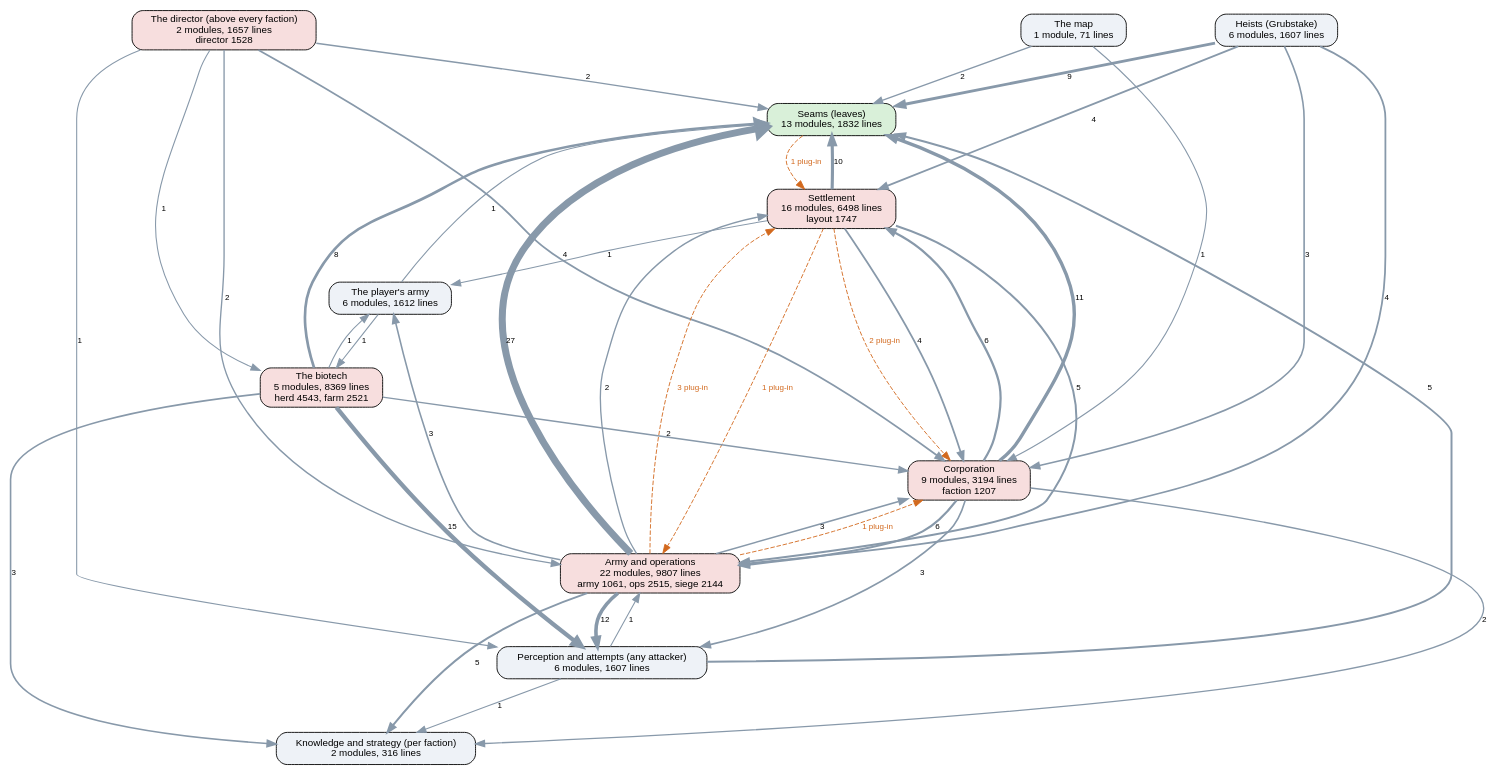
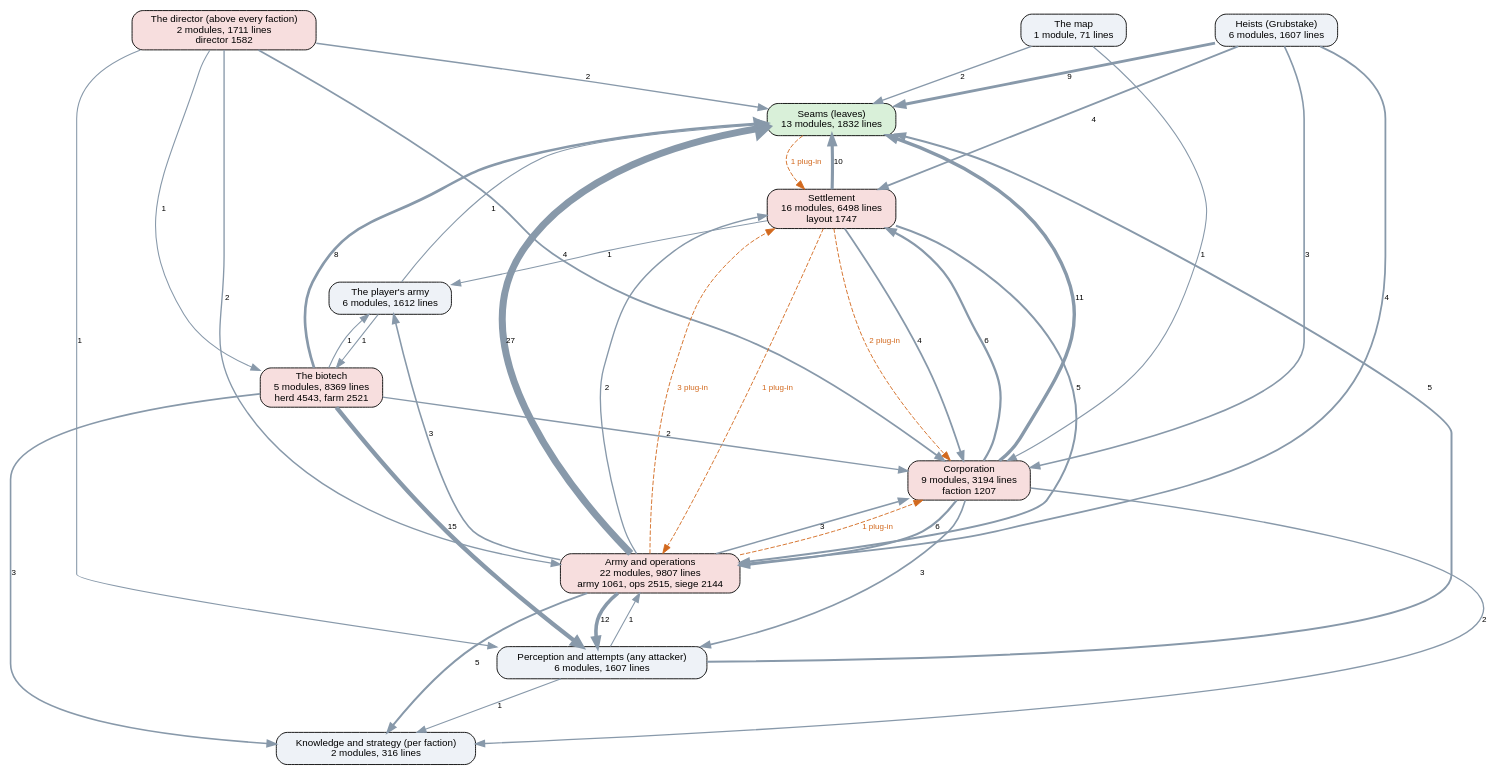
The diagram in docs/ai-layers.dot (kinelhu/landing-party), drawn with Graphviz before and after one commit. The commit also changed 10 other files, not shown here.

```diff
--- a/docs/ai-layers.dot
+++ b/docs/ai-layers.dot
@@ -1,57 +1,57 @@
 digraph layers {
   graph [rankdir=TB, fontname="Helvetica", nodesep=0.5, ranksep=0.7];
   node [shape=box, style="rounded,filled", fontname="Helvetica", fontsize=11, fillcolor="#eef2f7"];
   edge [color="#8899aa", fontname="Helvetica", fontsize=9];
   "Seams (leaves)" [label="Seams (leaves)\n13 modules, 1832 lines", fillcolor="#d9f0d9"];
   "Perception and attempts (any attacker)" [label="Perception and attempts (any attacker)\n6 modules, 1607 lines", fillcolor="#eef2f7"];
   "Knowledge and strategy (per faction)" [label="Knowledge and strategy (per faction)\n2 modules, 316 lines", fillcolor="#eef2f7"];
-  "The director (above every faction)" [label="The director (above every faction)\n2 modules, 1657 lines\ndirector 1528", fillcolor="#f7dede"];
+  "The director (above every faction)" [label="The director (above every faction)\n2 modules, 1711 lines\ndirector 1582", fillcolor="#f7dede"];
   "Corporation" [label="Corporation\n9 modules, 3194 lines\nfaction 1207", fillcolor="#f7dede"];
   "Settlement" [label="Settlement\n16 modules, 6498 lines\nlayout 1747", fillcolor="#f7dede"];
   "Army and operations" [label="Army and operations\n22 modules, 9807 lines\narmy 1061, ops 2515, siege 2144", fillcolor="#f7dede"];
   "Heists (Grubstake)" [label="Heists (Grubstake)\n6 modules, 1607 lines", fillcolor="#eef2f7"];
   "The biotech" [label="The biotech\n5 modules, 8369 lines\nherd 4543, farm 2521", fillcolor="#f7dede"];
   "The map" [label="The map\n1 module, 71 lines", fillcolor="#eef2f7"];
   "The player's army" [label="The player's army\n6 modules, 1612 lines", fillcolor="#eef2f7"];
   "Army and operations" -> "Corporation" [label="3", penwidth=1.8];
   "Army and operations" -> "Knowledge and strategy (per faction)" [label="5", penwidth=2.2];
   "Army and operations" -> "Perception and attempts (any attacker)" [label="12", penwidth=4.0];
   "Army and operations" -> "Seams (leaves)" [label="27", penwidth=7.8];
   "Army and operations" -> "Settlement" [label="2", penwidth=1.5];
   "Army and operations" -> "The player's army" [label="3", penwidth=1.8];
   "Corporation" -> "Army and operations" [label="6", penwidth=2.5];
   "Corporation" -> "Knowledge and strategy (per faction)" [label="2", penwidth=1.5];
   "Corporation" -> "Perception and attempts (any attacker)" [label="3", penwidth=1.8];
   "Corporation" -> "Seams (leaves)" [label="11", penwidth=3.8];
   "Corporation" -> "Settlement" [label="6", penwidth=2.5];
   "Heists (Grubstake)" -> "Army and operations" [label="4", penwidth=2.0];
   "Heists (Grubstake)" -> "Corporation" [label="3", penwidth=1.8];
   "Heists (Grubstake)" -> "Seams (leaves)" [label="9", penwidth=3.2];
   "Heists (Grubstake)" -> "Settlement" [label="4", penwidth=2.0];
   "Perception and attempts (any attacker)" -> "Army and operations" [label="1", penwidth=1.2];
   "Perception and attempts (any attacker)" -> "Knowledge and strategy (per faction)" [label="1", penwidth=1.2];
   "Perception and attempts (any attacker)" -> "Seams (leaves)" [label="5", penwidth=2.2];
   "Settlement" -> "Army and operations" [label="5", penwidth=2.2];
   "Settlement" -> "Corporation" [label="4", penwidth=2.0];
   "Settlement" -> "Seams (leaves)" [label="10", penwidth=3.5];
   "Settlement" -> "The player's army" [label="1", penwidth=1.2];
   "The biotech" -> "Corporation" [label="2", penwidth=1.5];
   "The biotech" -> "Knowledge and strategy (per faction)" [label="3", penwidth=1.8];
   "The biotech" -> "Perception and attempts (any attacker)" [label="15", penwidth=4.8];
   "The biotech" -> "Seams (leaves)" [label="8", penwidth=3.0];
   "The biotech" -> "The player's army" [label="1", penwidth=1.2];
   "The director (above every faction)" -> "Army and operations" [label="2", penwidth=1.5];
   "The director (above every faction)" -> "Corporation" [label="4", penwidth=2.0];
   "The director (above every faction)" -> "Perception and attempts (any attacker)" [label="1", penwidth=1.2];
   "The director (above every faction)" -> "Seams (leaves)" [label="2", penwidth=1.5];
   "The director (above every faction)" -> "The biotech" [label="1", penwidth=1.2];
   "The map" -> "Corporation" [label="1", penwidth=1.2];
   "The map" -> "Seams (leaves)" [label="2", penwidth=1.5];
   "The player's army" -> "Seams (leaves)" [label="1", penwidth=1.2];
   "The player's army" -> "The biotech" [label="1", penwidth=1.2];
   "Army and operations" -> "Corporation" [style=dashed, color="#d2691e", fontcolor="#d2691e", label="1 plug-in"];
   "Army and operations" -> "Settlement" [style=dashed, color="#d2691e", fontcolor="#d2691e", label="3 plug-in"];
   "Seams (leaves)" -> "Settlement" [style=dashed, color="#d2691e", fontcolor="#d2691e", label="1 plug-in"];
   "Settlement" -> "Army and operations" [style=dashed, color="#d2691e", fontcolor="#d2691e", label="1 plug-in"];
   "Settlement" -> "Corporation" [style=dashed, color="#d2691e", fontcolor="#d2691e", label="2 plug-in"];
 }
```
